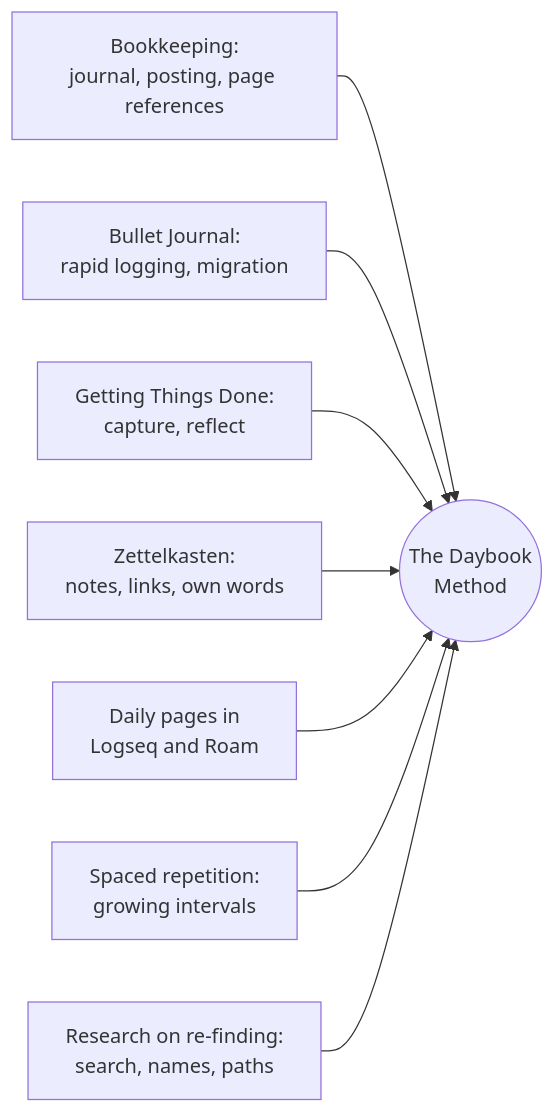
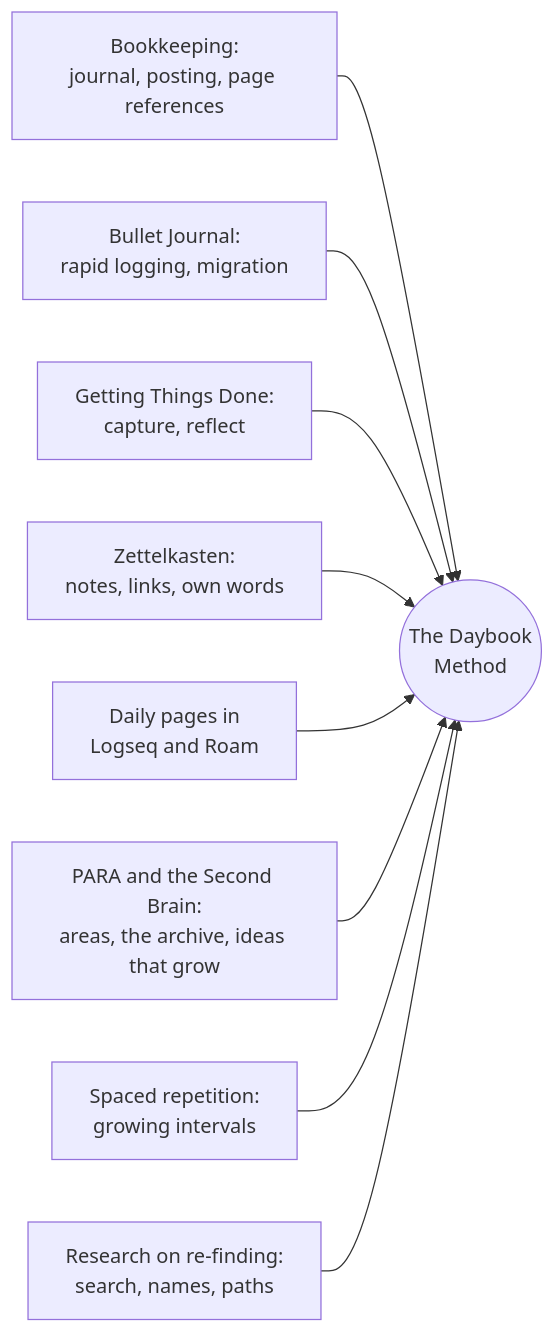
One commit to Zejnilovic/scripts-pkms changed the fourth of 4 diagrams in docs/method.md. Above: the diagram before and after it, drawn with Mermaid. The commit also changed other lines of this file and 32 other files, not shown here.

````diff
--- a/docs/method.md
+++ b/docs/method.md
@@ -389,10 +427,11 @@
 ```mermaid
 flowchart LR
   BK["Bookkeeping:<br/>journal, posting, page references"] --> DB(("The Daybook<br/>Method"))
   BJ["Bullet Journal:<br/>rapid logging, migration"] --> DB
   GTD["Getting Things Done:<br/>capture, reflect"] --> DB
   ZK["Zettelkasten:<br/>notes, links, own words"] --> DB
   LS["Daily pages in<br/>Logseq and Roam"] --> DB
+  SB["PARA and the Second Brain:<br/>areas, the archive, ideas that grow"] --> DB
   SR["Spaced repetition:<br/>growing intervals"] --> DB
   PIM["Research on re-finding:<br/>search, names, paths"] --> DB
 ```
````
